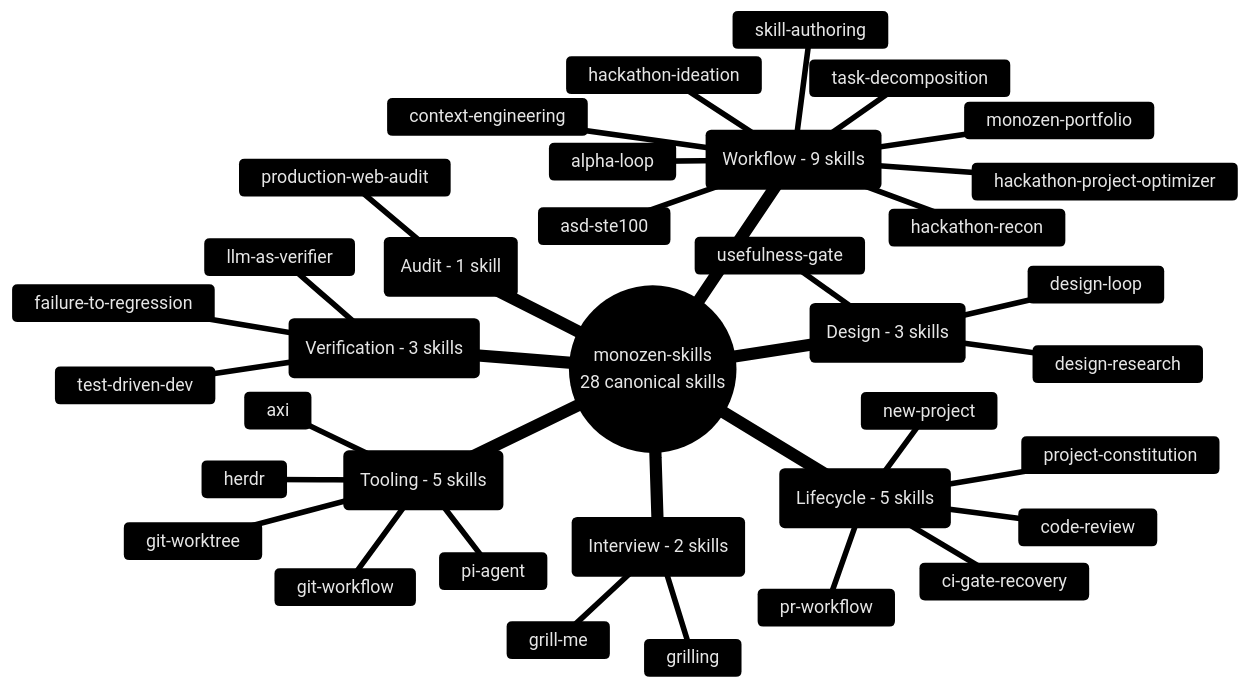
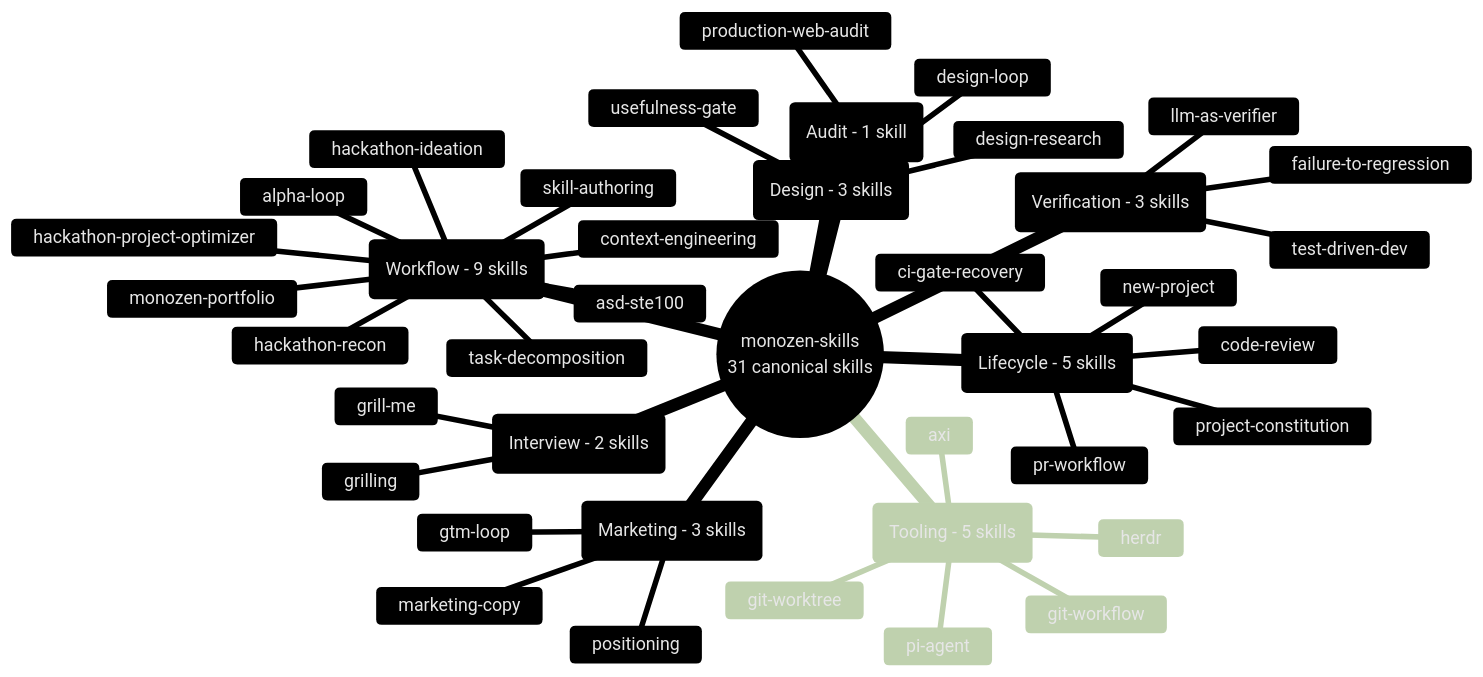
One commit to 8-BitRhyon/monozen-skills changed the diagram in assets/skill-taxonomy.mmd. Above: the diagram before and after it, drawn with Mermaid. The commit also changed 24 other files, not shown here.

First line of the commit message:
feat(marketing): add positioning, GTM, and copy pipeline

```diff
--- a/assets/skill-taxonomy.mmd
+++ b/assets/skill-taxonomy.mmd
@@ -1,39 +1,43 @@
 %%{init: {'theme': 'base', 'themeVariables': {'primaryColor': '#1a1a2e', 'primaryTextColor': '#e6e6e6', 'primaryBorderColor': '#8b7eff', 'lineColor': '#5a5a8a', 'secondaryColor': '#12132b', 'tertiaryColor': '#0b0c15', 'fontFamily': 'Inter, system-ui, sans-serif'}}}%%
 
 mindmap
-  root((monozen-skills<br/>28 canonical skills))
+  root((monozen-skills<br/>31 canonical skills))
     ::_(Lifecycle - 5 skills)
       new-project
       project-constitution
       code-review
       pr-workflow
       ci-gate-recovery
     ::_(Verification - 3 skills)
       test-driven-dev
       failure-to-regression
       llm-as-verifier
     ::_(Interview - 2 skills)
       grill-me
       grilling
     ::_(Workflow - 9 skills)
       alpha-loop
       asd-ste100
       hackathon-ideation
       hackathon-project-optimizer
       hackathon-recon
       monozen-portfolio
       task-decomposition
       context-engineering
       skill-authoring
     ::_(Design - 3 skills)
       design-loop
       design-research
       usefulness-gate
+    ::_(Marketing - 3 skills)
+      gtm-loop
+      marketing-copy
+      positioning
     ::_(Audit - 1 skill)
       production-web-audit
     ::_(Tooling - 5 skills)
       axi
       pi-agent
       herdr
       git-worktree
       git-workflow
```
